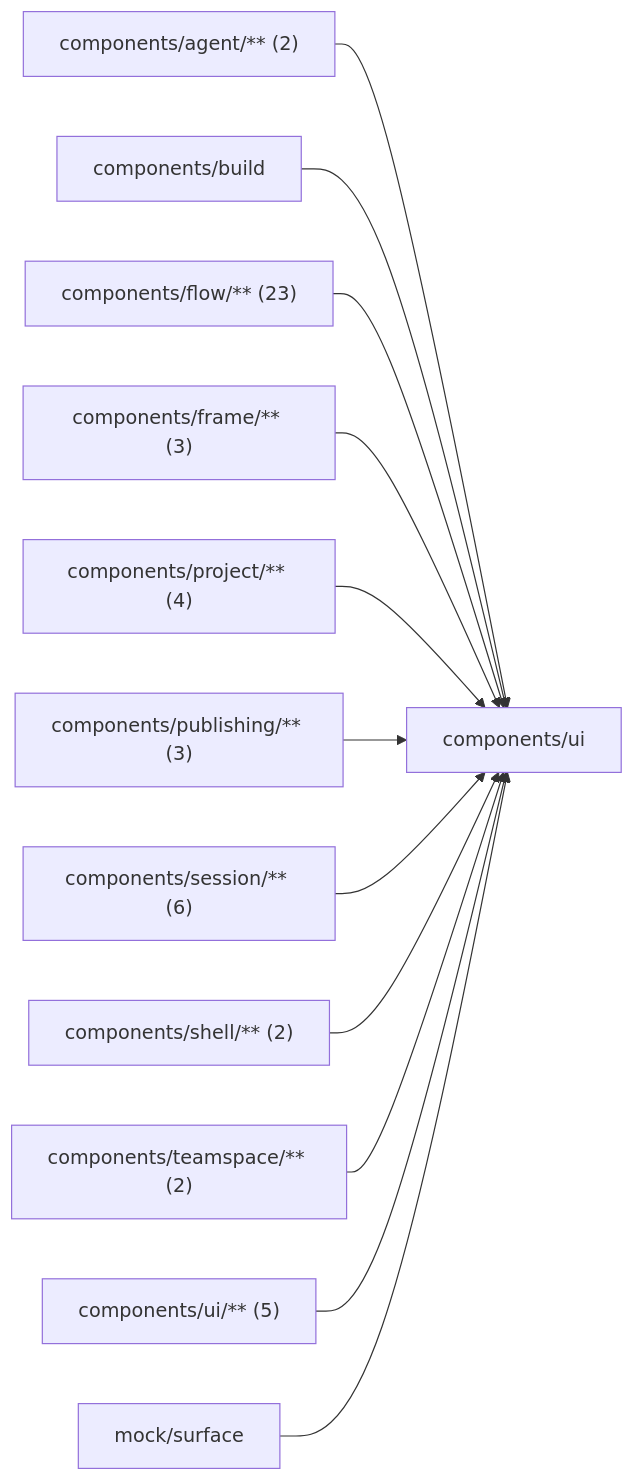
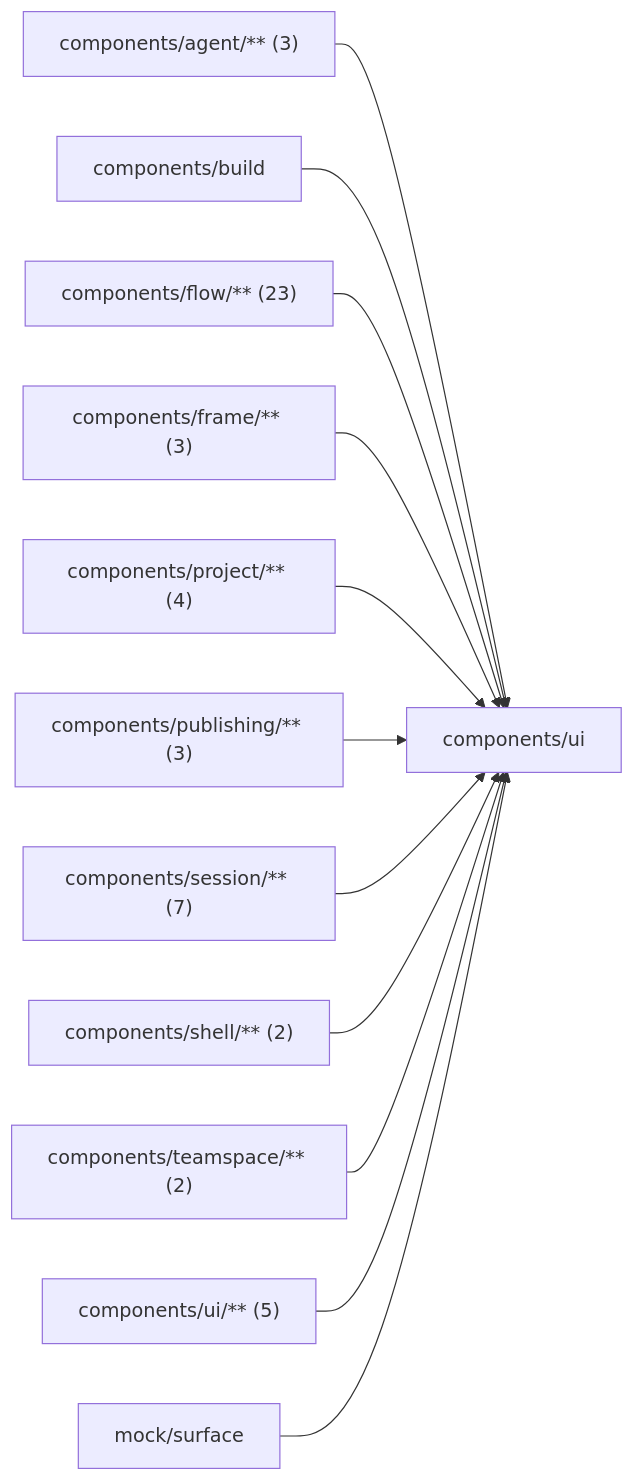
One commit to superdurable/superverse changed the diagram in web/studio/components/ui/README.md. Above: the diagram before and after it, drawn with Mermaid. The commit also changed other lines of this file and 259 other files, not shown here.

````diff
--- a/web/studio/components/ui/README.md
+++ b/web/studio/components/ui/README.md
@@ -10,15 +10,15 @@
 ```mermaid
 flowchart LR
   self["components/ui"]
-  c0["components/agent/** (2)"] --> self
+  c0["components/agent/** (3)"] --> self
   c1["components/build"] --> self
   c2["components/flow/** (23)"] --> self
   c3["components/frame/** (3)"] --> self
   c4["components/project/** (4)"] --> self
   c5["components/publishing/** (3)"] --> self
-  c6["components/session/** (6)"] --> self
+  c6["components/session/** (7)"] --> self
   c7["components/shell/** (2)"] --> self
   c8["components/teamspace/** (2)"] --> self
   c9["components/ui/** (5)"] --> self
   c10["mock/surface"] --> self
 ```
````
